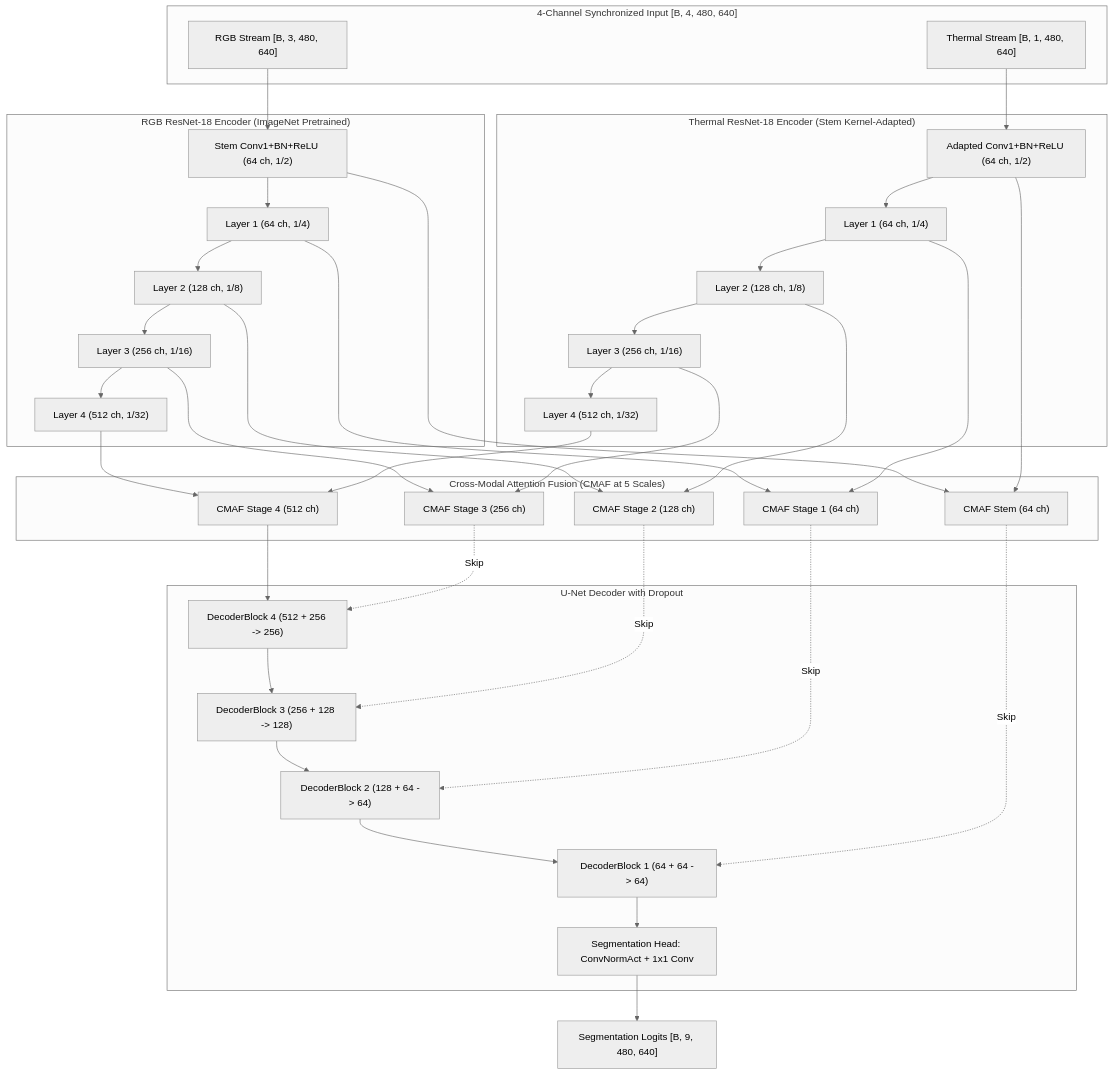
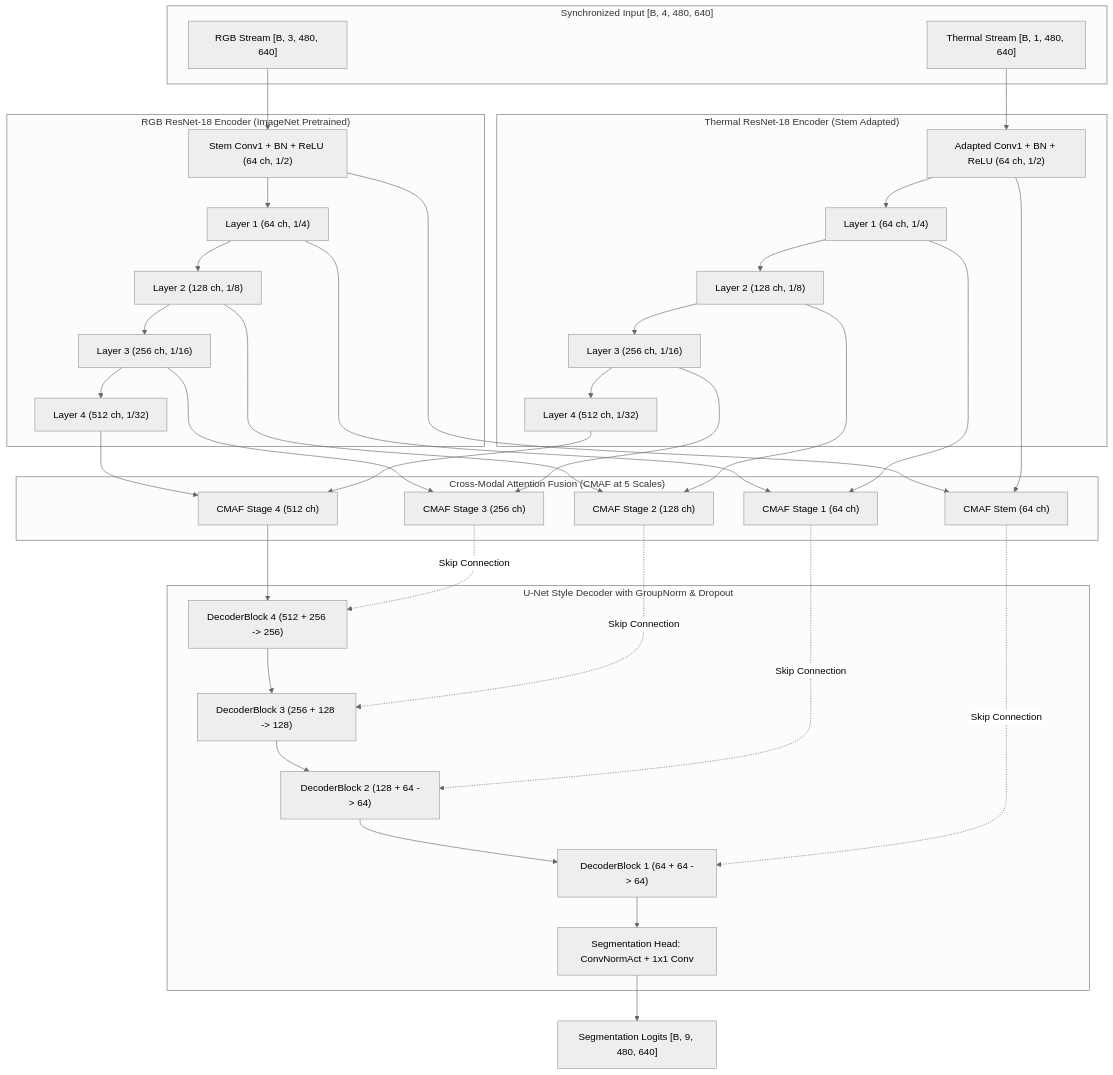
The diagram in README.md (atulkumar-ds/RGB-Thermal-Semantic-Segmentation), drawn with Mermaid (neutral theme) before and after one commit. The commit also changed other lines of this file, not shown here.

Commit message:
Improve README with verified architecture and results

````diff
--- a/README.md
+++ b/README.md
@@ -47,61 +116,61 @@
 ```mermaid
 flowchart TD
-    subgraph Inputs["4-Channel Synchronized Input [B, 4, 480, 640]"]
+    subgraph Input["Synchronized Input [B, 4, 480, 640]"]
         RGB["RGB Stream [B, 3, 480, 640]"]
         Thermal["Thermal Stream [B, 1, 480, 640]"]
     end
 
-    subgraph RGB_Pyramid["RGB ResNet-18 Encoder (ImageNet Pretrained)"]
-        R0["Stem Conv1+BN+ReLU (64 ch, 1/2)"]
+    subgraph RGB_Encoder["RGB ResNet-18 Encoder (ImageNet Pretrained)"]
+        R0["Stem Conv1 + BN + ReLU (64 ch, 1/2)"]
         R1["Layer 1 (64 ch, 1/4)"]
         R2["Layer 2 (128 ch, 1/8)"]
         R3["Layer 3 (256 ch, 1/16)"]
         R4["Layer 4 (512 ch, 1/32)"]
         R0 --> R1 --> R2 --> R3 --> R4
     end
 
-    subgraph Thr_Pyramid["Thermal ResNet-18 Encoder (Stem Kernel-Adapted)"]
-        T0["Adapted Conv1+BN+ReLU (64 ch, 1/2)"]
+    subgraph Thermal_Encoder["Thermal ResNet-18 Encoder (Stem Adapted)"]
+        T0["Adapted Conv1 + BN + ReLU (64 ch, 1/2)"]
         T1["Layer 1 (64 ch, 1/4)"]
         T2["Layer 2 (128 ch, 1/8)"]
         T3["Layer 3 (256 ch, 1/16)"]
         T4["Layer 4 (512 ch, 1/32)"]
         T0 --> T1 --> T2 --> T3 --> T4
     end
 
-    subgraph CMAF["Cross-Modal Attention Fusion (CMAF at 5 Scales)"]
+    subgraph CMAF_Modules["Cross-Modal Attention Fusion (CMAF at 5 Scales)"]
         F0["CMAF Stem (64 ch)"]
         F1["CMAF Stage 1 (64 ch)"]
         F2["CMAF Stage 2 (128 ch)"]
         F3["CMAF Stage 3 (256 ch)"]
         F4["CMAF Stage 4 (512 ch)"]
     end
 
-    subgraph Decoder["U-Net Decoder with Dropout"]
+    subgraph Decoder["U-Net Style Decoder with GroupNorm & Dropout"]
         D4["DecoderBlock 4 (512 + 256 -> 256)"]
         D3["DecoderBlock 3 (256 + 128 -> 128)"]
         D2["DecoderBlock 2 (128 + 64 -> 64)"]
         D1["DecoderBlock 1 (64 + 64 -> 64)"]
         Head["Segmentation Head: ConvNormAct + 1x1 Conv"]
     end
 
     RGB --> R0
     Thermal --> T0
 
     R0 & T0 --> F0
     R1 & T1 --> F1
     R2 & T2 --> F2
     R3 & T3 --> F3
     R4 & T4 --> F4
 
     F4 --> D4
-    F3 -. Skip .-> D4
+    F3 -. Skip Connection .-> D4
     D4 --> D3
-    F2 -. Skip .-> D3
+    F2 -. Skip Connection .-> D3
     D3 --> D2
-    F1 -. Skip .-> D2
+    F1 -. Skip Connection .-> D2
     D2 --> D1
-    F0 -. Skip .-> D1
+    F0 -. Skip Connection .-> D1
     D1 --> Head
-    Head --> Out["Segmentation Logits [B, 9, 480, 640]"]
+    Head --> Output["Segmentation Logits [B, 9, 480, 640]"]
 ```
````
